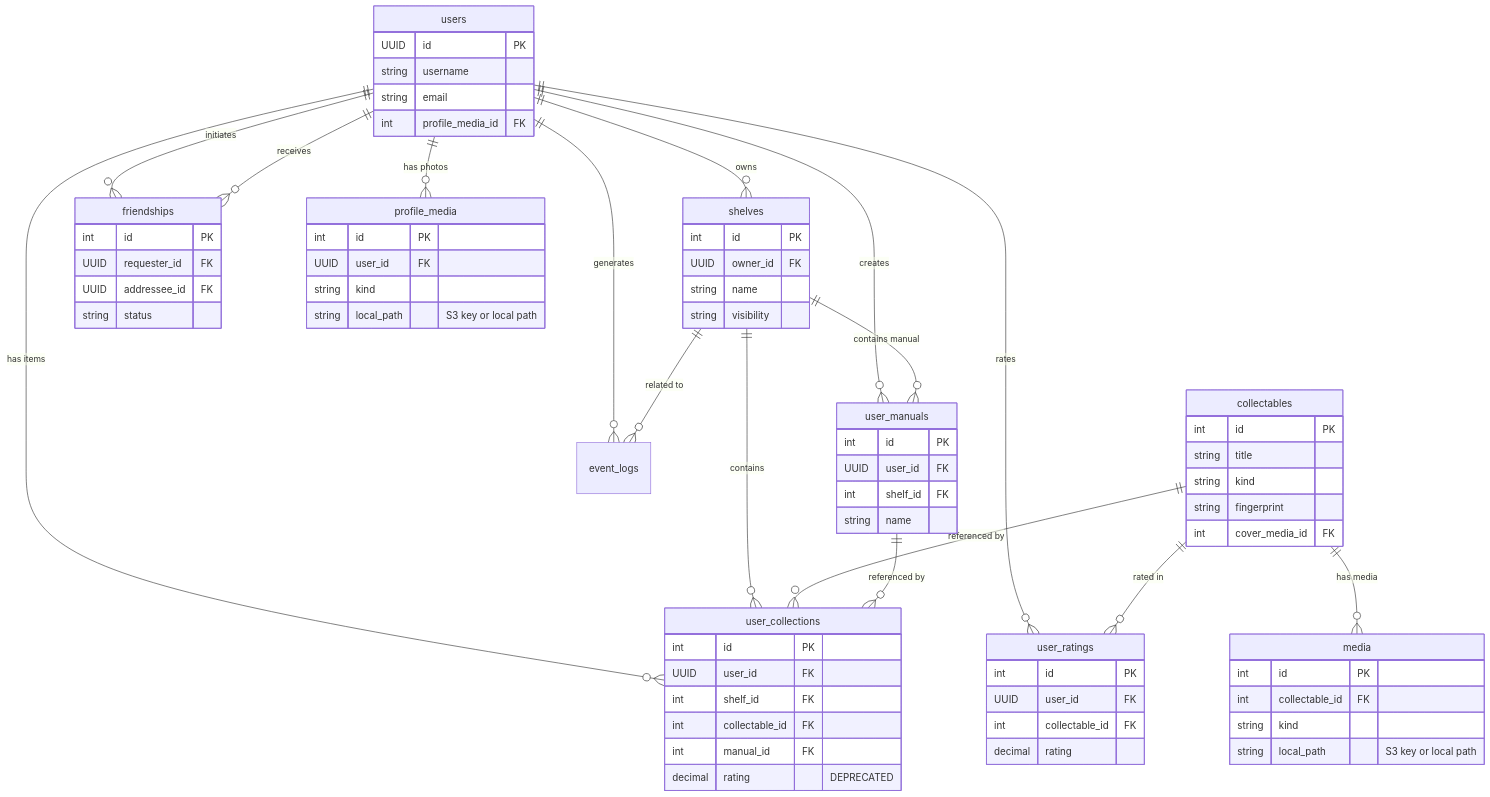
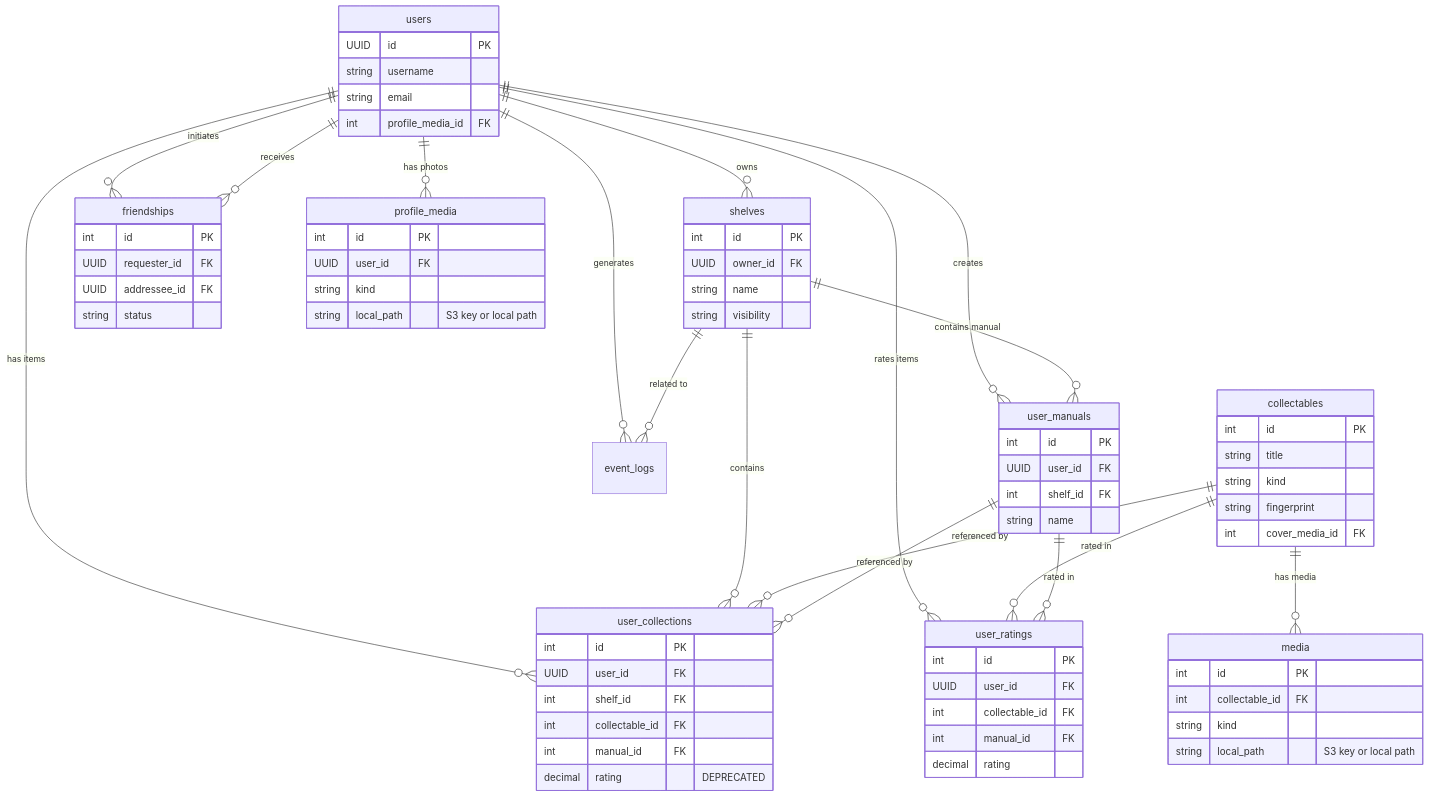
One commit to fTr0ut/ShelvesAI changed the diagram in AGENTS/backend-database-structure.md. Above: the diagram before and after it, drawn with Mermaid. The commit also changed other lines of this file and 20 other files, not shown here.

Commit message:
Added Wishlist improvements to mimic shelves, added CheckinRated event cards, updated SocialFeedScreen event sizing to increase visibility, add favorites to manual items, commented out the addFavorite function in the event logging.

```diff
--- a/AGENTS/backend-database-structure.md
+++ b/AGENTS/backend-database-structure.md
@@ -310,7 +315,7 @@
     users ||--o{ shelves : owns
     users ||--o{ user_collections : "has items"
     users ||--o{ user_manuals : creates
-    users ||--o{ user_ratings : rates
+    users ||--o{ user_ratings : "rates items"
     users ||--o{ friendships : initiates
     users ||--o{ friendships : receives
     users ||--o{ event_logs : generates
@@ -322,6 +327,7 @@
 
     collectables ||--o{ user_collections : "referenced by"
     collectables ||--o{ user_ratings : "rated in"
+    user_manuals ||--o{ user_ratings : "rated in"
     collectables ||--o{ media : "has media"
 
     user_manuals ||--o{ user_collections : "referenced by"
@@ -382,6 +388,7 @@
         int id PK
         UUID user_id FK
         int collectable_id FK
+        int manual_id FK
         decimal rating
     }
 
```
